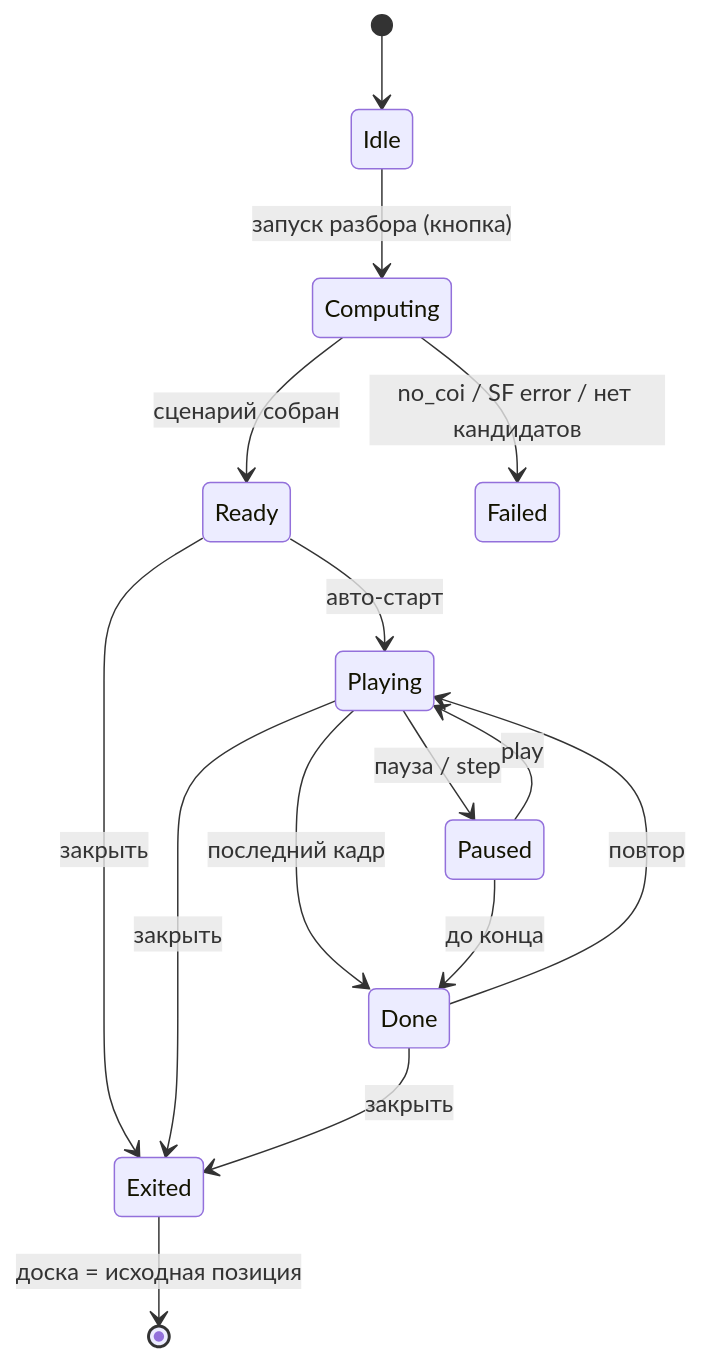
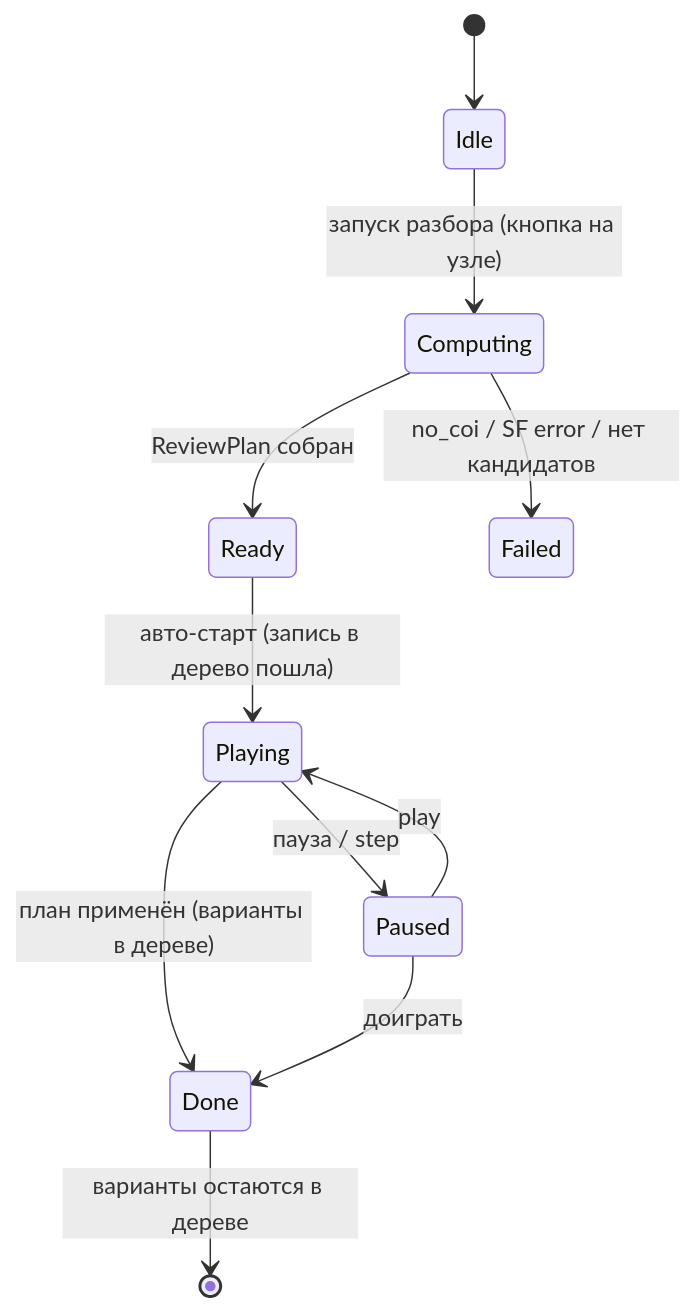
Before and after one commit to StasPiv/kingside: the third of 3 diagrams in docs/adr/165-algorithmic-visual-position-review.md, drawn with Mermaid. The commit also changed other lines of this file, not shown here.

Commit message:
docs(adr): ADR-165 rev2 — разбор пишется в дерево партии как варианты, без scratch [KS-4942]

````diff
--- a/docs/adr/165-algorithmic-visual-position-review.md
+++ b/docs/adr/165-algorithmic-visual-position-review.md
@@ -170,17 +172,13 @@
 ```mermaid
 stateDiagram-v2
     [*] --> Idle
-    Idle --> Computing: запуск разбора (кнопка)
-    Computing --> Ready: сценарий собран
+    Idle --> Computing: запуск разбора (кнопка на узле)
+    Computing --> Ready: ReviewPlan собран
     Computing --> Failed: no_coi / SF error / нет кандидатов
-    Ready --> Playing: авто-старт
+    Ready --> Playing: авто-старт (запись в дерево пошла)
     Playing --> Paused: пауза / step
     Paused --> Playing: play
-    Playing --> Done: последний кадр
-    Paused --> Done: до конца
-    Done --> Playing: повтор
-    Ready --> Exited: закрыть
-    Playing --> Exited: закрыть
-    Done --> Exited: закрыть
-    Exited --> [*]: доска = исходная позиция
+    Playing --> Done: план применён (варианты в дереве)
+    Paused --> Done: доиграть
+    Done --> [*]: варианты остаются в дереве
 ```
````
